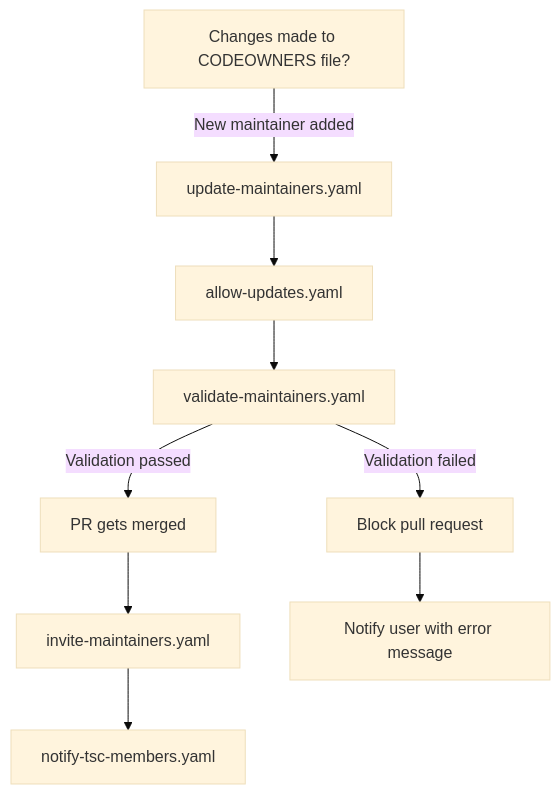
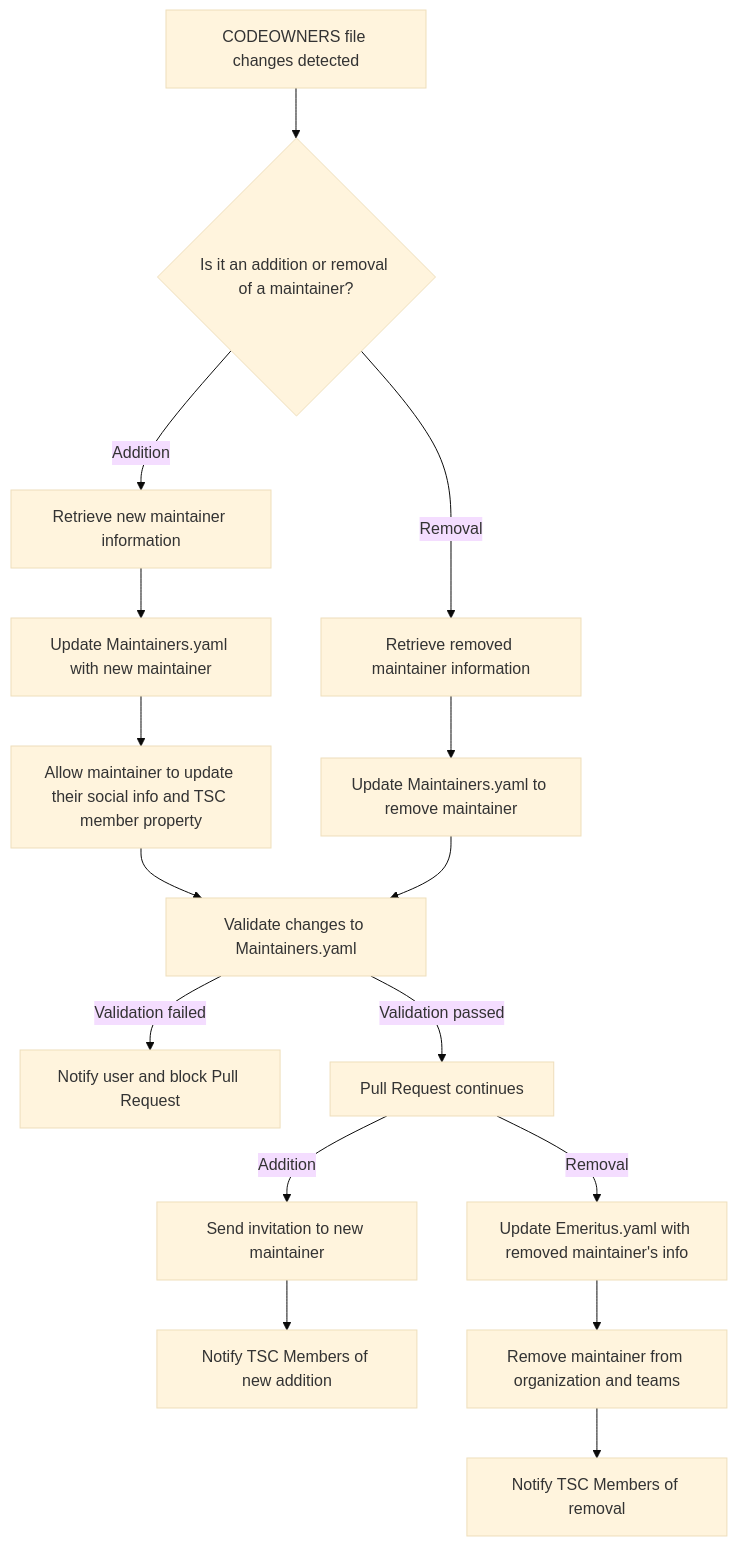
Diagram 12 of 12 in mentorship/summerofcode/2023/workflowautomation/README.md (asyncapi/community), drawn with Mermaid (base theme) before and after one commit. The commit also changed other lines of this file, not shown here.

Commit message:
changed the interconnection of workflow's flowchart

````diff
--- a/mentorship/summerofcode/2023/workflowautomation/README.md
+++ b/mentorship/summerofcode/2023/workflowautomation/README.md
@@ -197,11 +197,43 @@
 ```mermaid
 graph TD;
-A[Changes made to CODEOWNERS file?] --> |New maintainer added| B[update-maintainers.yaml]
-B --> C[allow-updates.yaml]
-C --> D[validate-maintainers.yaml]
-D --> |Validation passed| E[PR gets merged]
-E --> F[invite-maintainers.yaml]
-F --> G[notify-tsc-members.yaml]
-D --> |Validation failed| H[Block pull request]
-H --> I[Notify user with error message]
+    A[CODEOWNERS file changes detected]
+    B{Is it an addition or removal of a maintainer?}
+
+    C1[Retrieve new maintainer information]
+    C2[Update Maintainers.yaml with new maintainer]
+    C3[Allow maintainer to update their social info and TSC member property]
+
+    D1[Retrieve removed maintainer information]
+    D2[Update Maintainers.yaml to remove maintainer]
+
+    E[Validate changes to Maintainers.yaml]
+    F[Notify user and block Pull Request]
+    G[Pull Request continues]
+
+    H[Send invitation to new maintainer]
+    I[Notify TSC Members of new addition]
+
+    J1[Update Emeritus.yaml with removed maintainer's info]
+    J2[Remove maintainer from organization and teams]
+    J3[Notify TSC Members of removal]
+
+    A --> B
+    B --> |Addition| C1
+    C1 --> C2
+    C2 --> C3
+    C3 --> E
+
+    B --> |Removal| D1
+    D1 --> D2
+    D2 --> E
+
+    E --> |Validation failed| F
+    E --> |Validation passed| G
+
+    G --> |Addition| H
+    H --> I
+
+    G --> |Removal| J1
+    J1 --> J2
+    J2 --> J3
 ```
````
